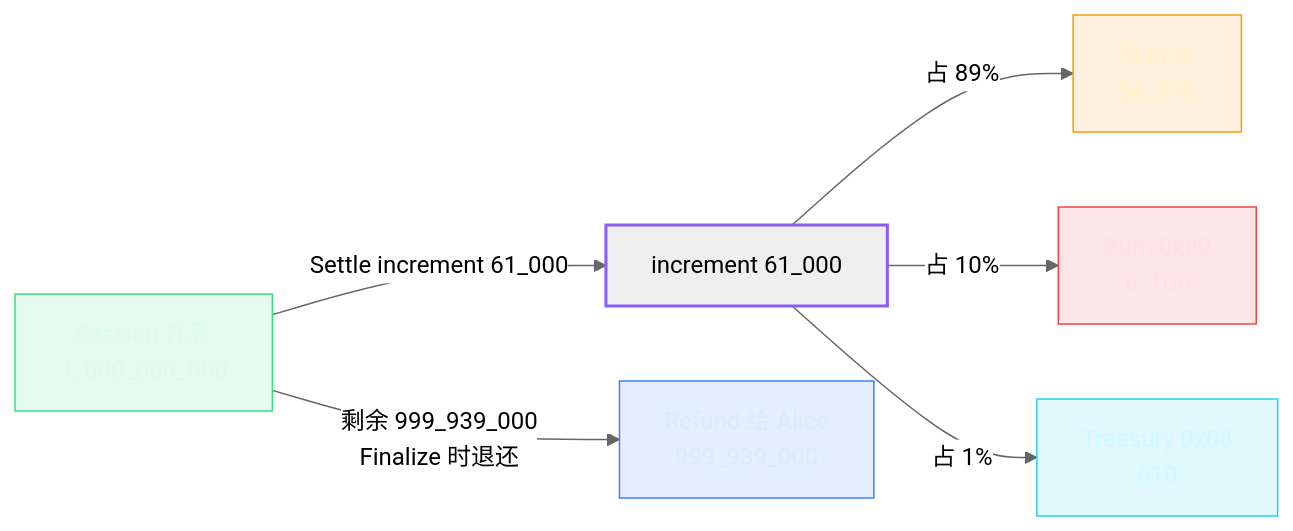
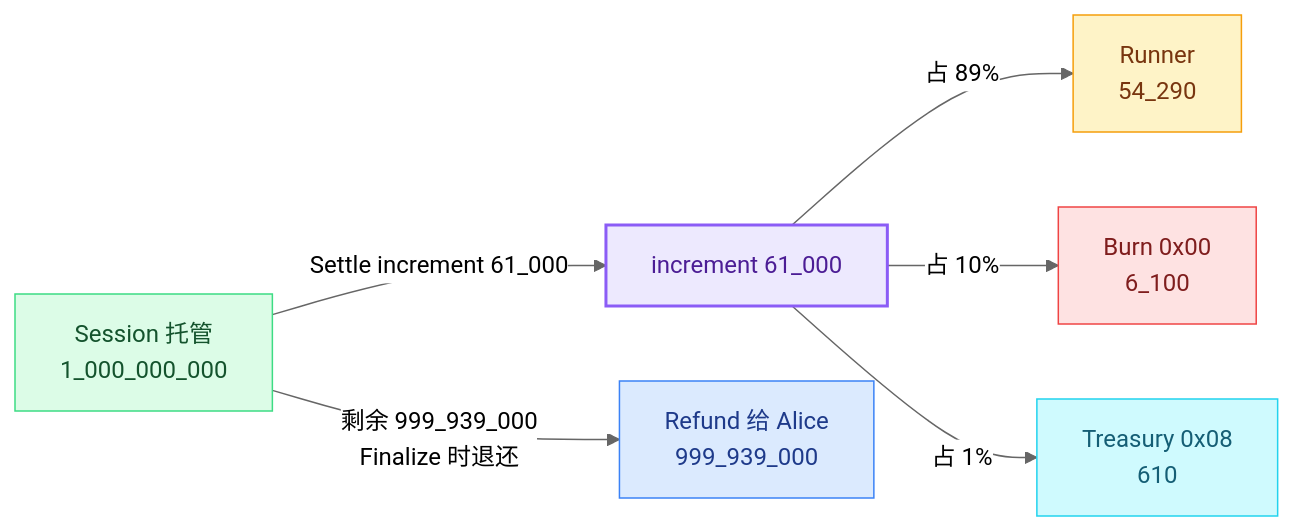
The eighth of 11 diagrams in runner/2026-04-28_MPP_Session_Research.md (shawhanken/refs), drawn with Mermaid (neutral theme) before and after one commit. The commit also changed other lines of this file, not shown here.

First line of the commit message:
docs: update flowchart and sequence diagram colors for improved clarity

````diff
--- a/runner/2026-04-28_MPP_Session_Research.md
+++ b/runner/2026-04-28_MPP_Session_Research.md
@@ -552,21 +552,21 @@
 ```mermaid
 flowchart LR
     DEP["Session 托管<br/>1_000_000_000"] -->|"Settle increment 61_000"| INC["increment 61_000"]
     DEP -->|"剩余 999_939_000<br/>Finalize 时退还"| REFUND["Refund 给 Alice<br/>999_939_000"]
     INC -->|"占 89%"| RUN["Runner<br/>54_290"]
     INC -->|"占 10%"| BURN["Burn 0x00<br/>6_100"]
     INC -->|"占 1%"| TRE["Treasury 0x08<br/>610"]
 
-    classDef escrow fill:#3ddc8422,stroke:#3ddc84,color:#dcfce7
-    classDef runner fill:#f59e0b22,stroke:#f59e0b,color:#fef3c7
-    classDef burn fill:#ef444422,stroke:#ef4444,color:#fee2e2
-    classDef treasury fill:#22d3ee22,stroke:#22d3ee,color:#cffafe
-    classDef refund fill:#3b82f622,stroke:#3b82f6,color:#dbeafe
-    classDef step stroke:#8b5cf6,stroke-width:2px
+    classDef escrow fill:#dcfce7,stroke:#3ddc84,color:#14532d
+    classDef runner fill:#fef3c7,stroke:#f59e0b,color:#78350f
+    classDef burn fill:#fee2e2,stroke:#ef4444,color:#7f1d1d
+    classDef treasury fill:#cffafe,stroke:#22d3ee,color:#155e75
+    classDef refund fill:#dbeafe,stroke:#3b82f6,color:#1e3a8a
+    classDef step fill:#ede9fe,stroke:#8b5cf6,stroke-width:2px,color:#4c1d95
     class DEP escrow
     class RUN runner
     class BURN burn
     class TRE treasury
     class REFUND refund
     class INC step
 ```
````
